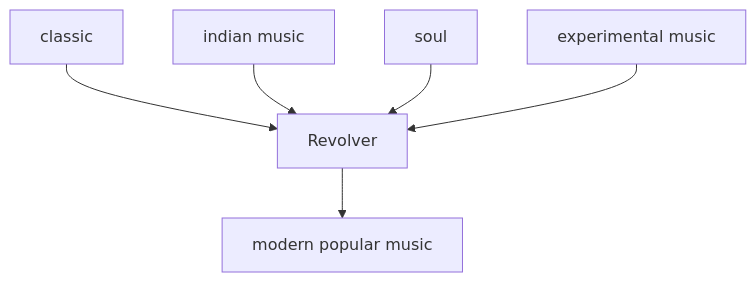
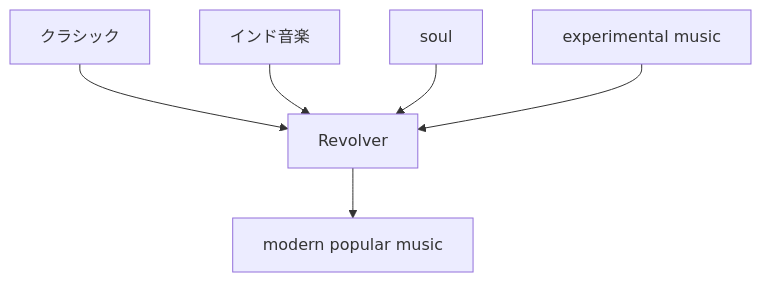
The fourth of 20 diagrams in en/_posts/2026-07-02-column-influential-album-05.md (monumental-movement/monumental-movement.github.io), drawn with Mermaid before and after one commit. The commit also changed other lines of this file and 2196 other files, not shown here.

```diff
--- a/en/_posts/2026-07-02-column-influential-album-05.md
+++ b/en/_posts/2026-07-02-column-influential-album-05.md
@@ -276,16 +276,16 @@
 <div class="mermaid">
 flowchart TD
-A[classic]
-B[indian music]
+A[クラシック]
+B[インド音楽]
 C[soul]
 D[experimental music]
 E[Revolver]
 F[modern popular music]
 
 A --> E
 B --> E
 C --> E
 D --> E
 E --> F
 
 </div>
```
